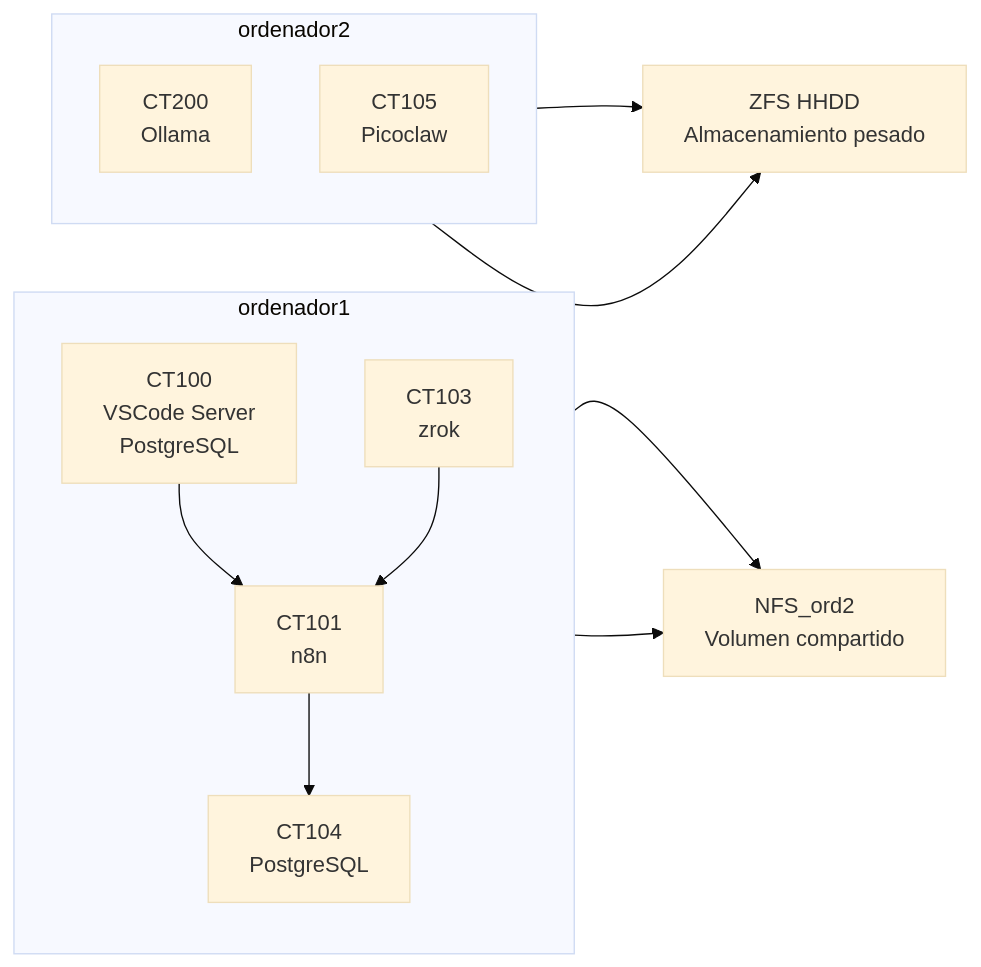
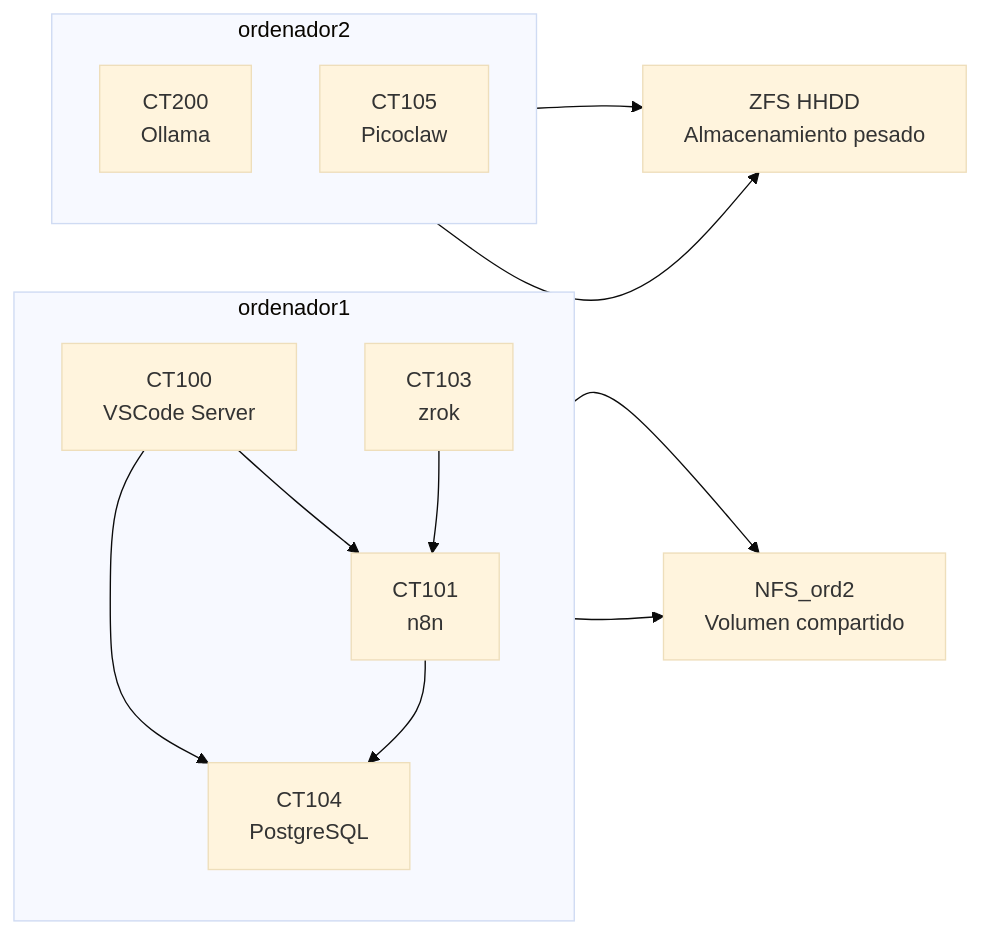
The diagram in README.md (grundius1/homelab), drawn with Mermaid (base theme) before and after one commit.

Commit message:
test graph

````diff
--- a/README.md
+++ b/README.md
@@ -23,28 +23,29 @@
 ```mermaid
 flowchart LR
   subgraph ordenador1["ordenador1"]
     direction TB
-    CT100["CT100\nVSCode Server\nPostgreSQL"]
+    CT100["CT100\nVSCode Server"]
     CT101["CT101\nn8n"]
     CT103["CT103\nzrok"]
     CT104["CT104\nPostgreSQL"]
   end
 
   subgraph ordenador2["ordenador2"]
     direction TB
     CT200["CT200\nOllama"]
     CT105["CT105\nPicoclaw"]
   end
 
   NFS["NFS_ord2\nVolumen compartido"]
   ZFS["ZFS HHDD\nAlmacenamiento pesado"]
 
   CT104 --> NFS
   CT101 --> NFS
   CT200 --> ZFS
   CT105 --> ZFS
 
   CT100 --> CT101
   CT103 --> CT101
   CT101 --> CT104
+  CT100 --> CT104
 ```
````
